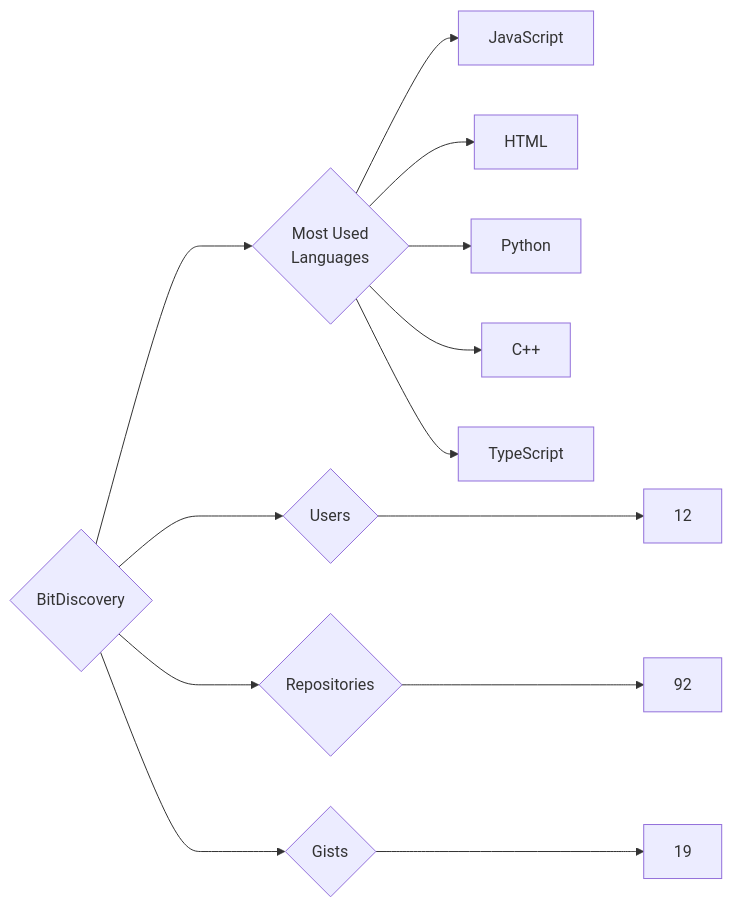
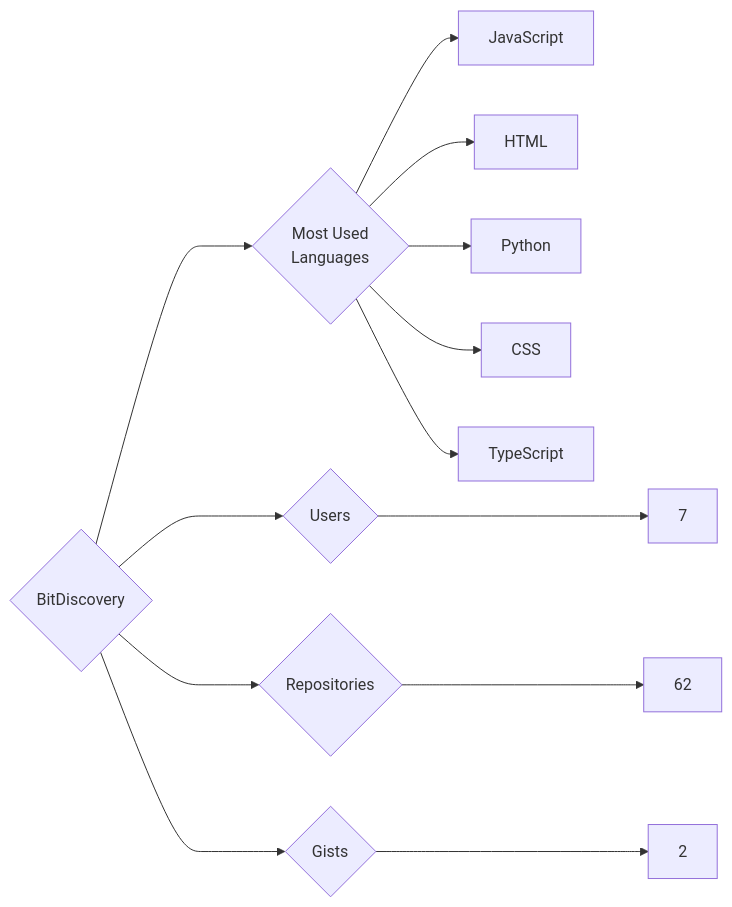
The diagram in targets/BitDiscovery/README.md (trickest/insiders), drawn with Mermaid before and after one commit. The commit also changed 857 other files, not shown here.

````diff
--- a/targets/BitDiscovery/README.md
+++ b/targets/BitDiscovery/README.md
@@ -3,13 +3,13 @@
 ```mermaid
 graph LR
 COMPANY_NAME{BitDiscovery}
-COMPANY_NAME ---> U{Users} ---> UN[12]
-COMPANY_NAME ---> R{Repositories} ---> RN[92]
-COMPANY_NAME ---> G{Gists} ---> GN[19]
+COMPANY_NAME ---> U{Users} ---> UN[7]
+COMPANY_NAME ---> R{Repositories} ---> RN[62]
+COMPANY_NAME ---> G{Gists} ---> GN[2]
 COMPANY_NAME ---> ML{Most Used<br>Languages}
 ML --> JavaScript[JavaScript]
 ML --> HTML[HTML]
 ML --> Python[Python]
-ML --> C++[C++]
+ML --> CSS[CSS]
 ML --> TypeScript[TypeScript]
 ```
````
